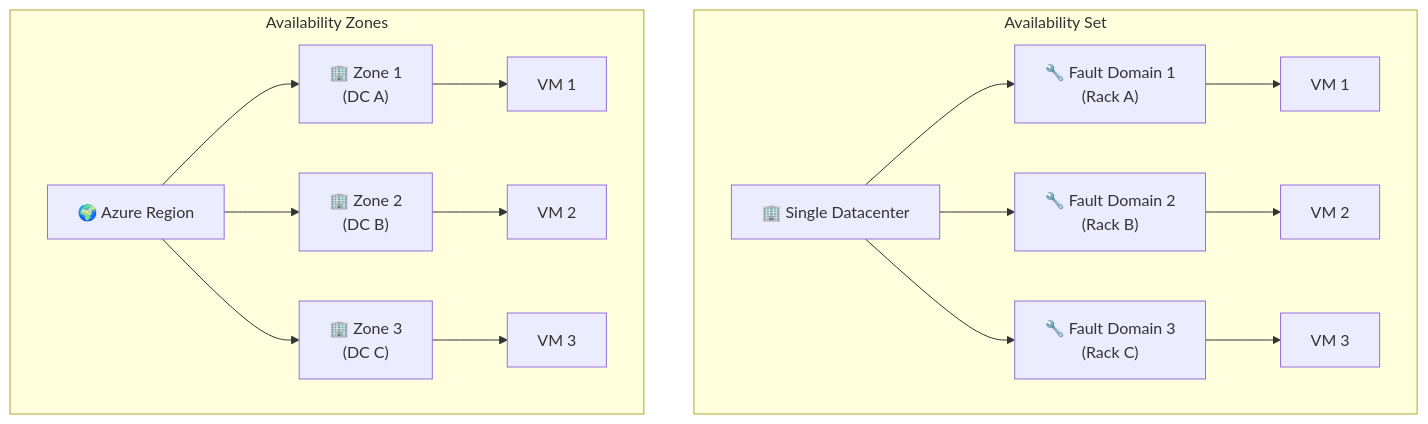
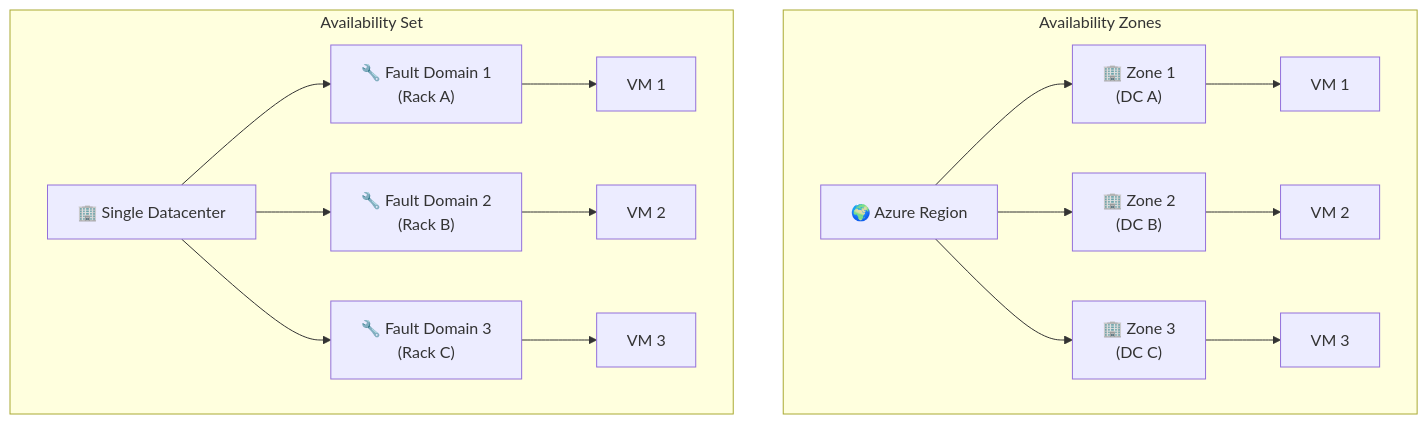
The fourth of 7 diagrams in 03-business-continuity.md (marcogrimaldi29/az-305-study-notes), drawn with Mermaid before and after one commit. The commit also changed other lines of this file and 1 other file, not shown here.

````diff
--- a/03-business-continuity.md
+++ b/03-business-continuity.md
@@ -149,24 +149,24 @@
 ```mermaid
 graph TD
+    subgraph "Availability Zones"
+        direction LR
+        REGION["🌍 Azure Region"]
+        REGION --> Z1["🏢 Zone 1\n(DC A)"]
+        REGION --> Z2["🏢 Zone 2\n(DC B)"]
+        REGION --> Z3["🏢 Zone 3\n(DC C)"]
+        Z1 --> VMZ1["VM 1"]
+        Z2 --> VMZ2["VM 2"]
+        Z3 --> VMZ3["VM 3"]
+    end
+
     subgraph "Availability Set"
         direction LR
         DC1["🏢 Single Datacenter"]
         DC1 --> FD1["🔧 Fault Domain 1\n(Rack A)"]
         DC1 --> FD2["🔧 Fault Domain 2\n(Rack B)"]
         DC1 --> FD3["🔧 Fault Domain 3\n(Rack C)"]
         FD1 --> VM1["VM 1"]
         FD2 --> VM2["VM 2"]
         FD3 --> VM3["VM 3"]
     end
-
-    subgraph "Availability Zones"
-        direction LR
-        REGION["🌍 Azure Region"]
-        REGION --> Z1["🏢 Zone 1\n(DC A)"]
-        REGION --> Z2["🏢 Zone 2\n(DC B)"]
-        REGION --> Z3["🏢 Zone 3\n(DC C)"]
-        Z1 --> VMZ1["VM 1"]
-        Z2 --> VMZ2["VM 2"]
-        Z3 --> VMZ3["VM 3"]
-    end
 ```
````
